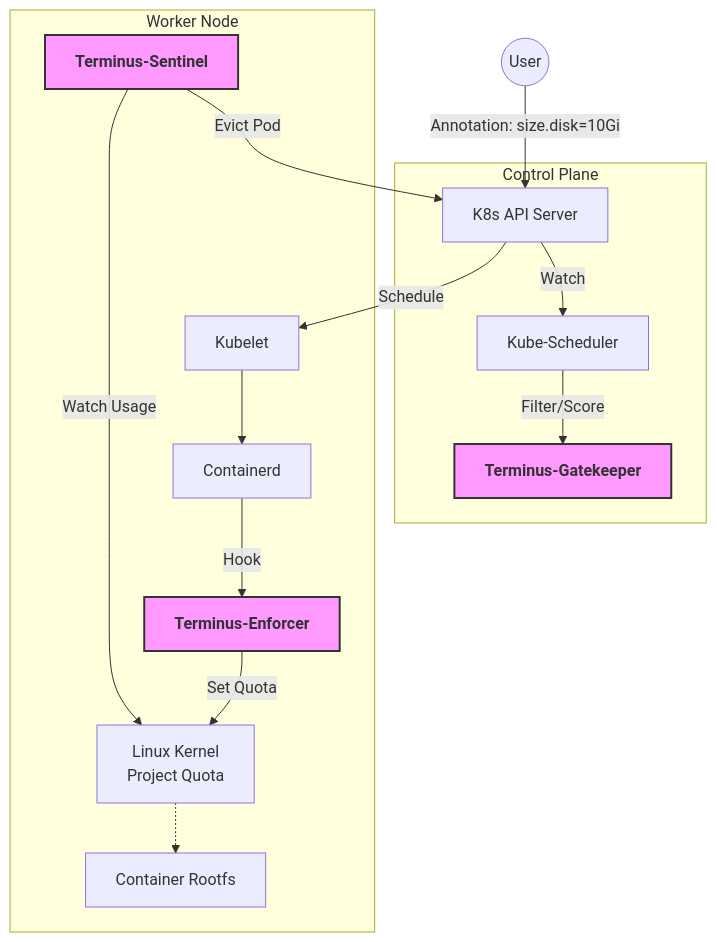
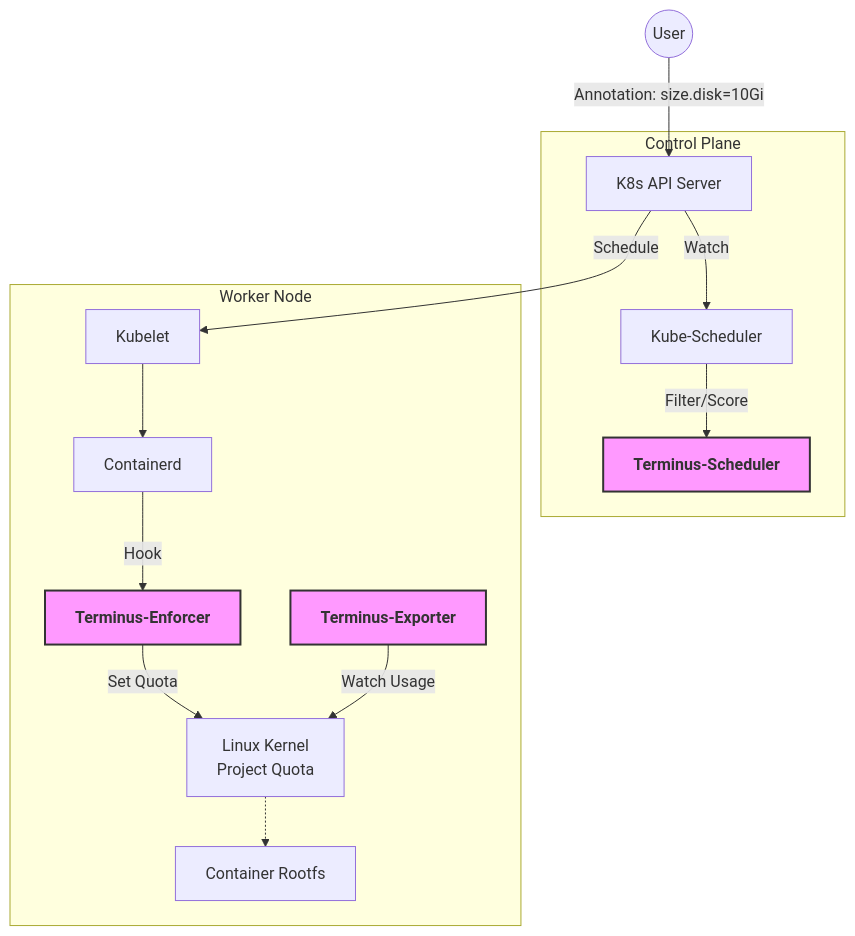
Before and after one commit to terminus-io/Terminus: the diagram in README.md, drawn with Mermaid. The commit also changed other lines of this file, not shown here.

````diff
--- a/README.md
+++ b/README.md
@@ -46,25 +46,24 @@
 ```mermaid
 graph TD
     User((User)) -->|Annotation: size.disk=10Gi| API[K8s API Server]
     
     subgraph Control Plane
         API -->|Watch| Scheduler[Kube-Scheduler]
-        Scheduler -- Filter/Score --> Plugin[<b>Terminus-Gatekeeper</b>]
+        Scheduler -- Filter/Score --> Plugin[<b>Terminus-Scheduler</b>]
     end
 
     subgraph Worker Node
         API -->|Schedule| Kubelet
         Kubelet --> CRI[Containerd]
         CRI -- Hook --> NRI[<b>Terminus-Enforcer</b>]
         NRI -- Set Quota --> Kernel[Linux Kernel<br/>Project Quota]
         
         Kernel -.-> Pod[Container Rootfs]
         
-        Agent[<b>Terminus-Sentinel</b>] -- Watch Usage --> Kernel
-        Agent -- Evict Pod --> API
+        Agent[<b>Terminus-Exporter</b>] -- Watch Usage --> Kernel
     end
     
     classDef component fill:#f9f,stroke:#333,stroke-width:2px;
     class NRI,Plugin,Agent component;
 
 ```
````
